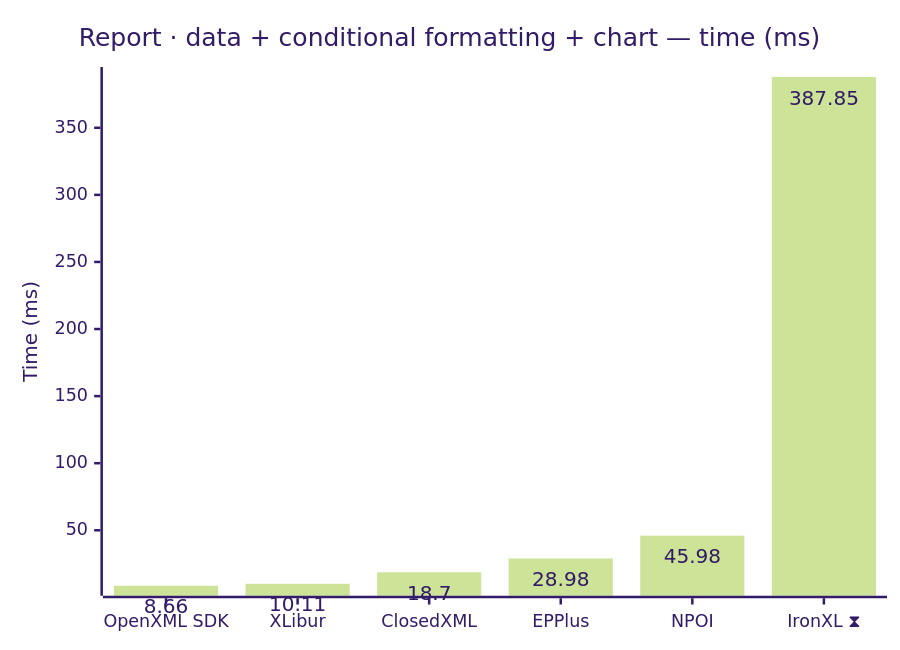
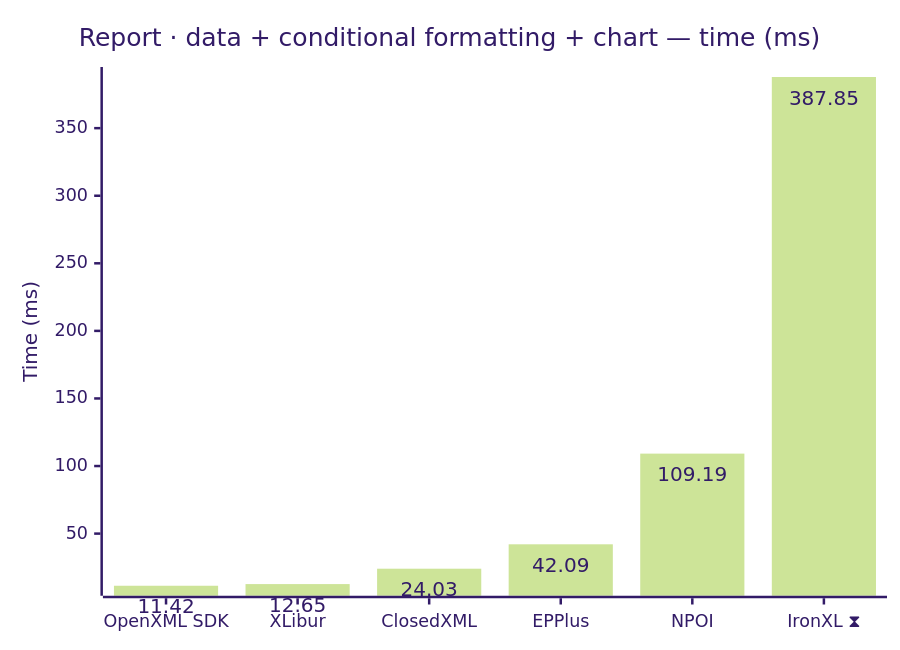
Before and after one commit to jafin/XLBench: the seventh of 12 diagrams in docs/results-ci.md, drawn with Mermaid (forest theme). The commit also changed other lines of this file, not shown here.

````diff
--- a/docs/results-ci.md
+++ b/docs/results-ci.md
@@ -119,12 +119,12 @@
 ```mermaid
 ---
 config:
   xyChart:
     showDataLabel: true
 ---
 xychart-beta
     title "Report · data + conditional formatting + chart — time (ms)"
     x-axis ["OpenXML SDK", "XLibur", "ClosedXML", "EPPlus", "NPOI", "IronXL ⧗"]
     y-axis "Time (ms)"
-    bar [8.66, 10.11, 18.7, 28.98, 45.98, 387.85]
+    bar [11.42, 12.65, 24.03, 42.09, 109.19, 387.85]
 ```
````
